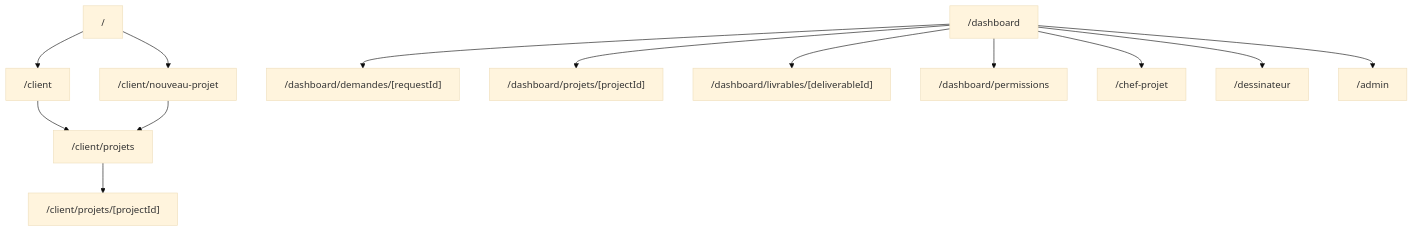
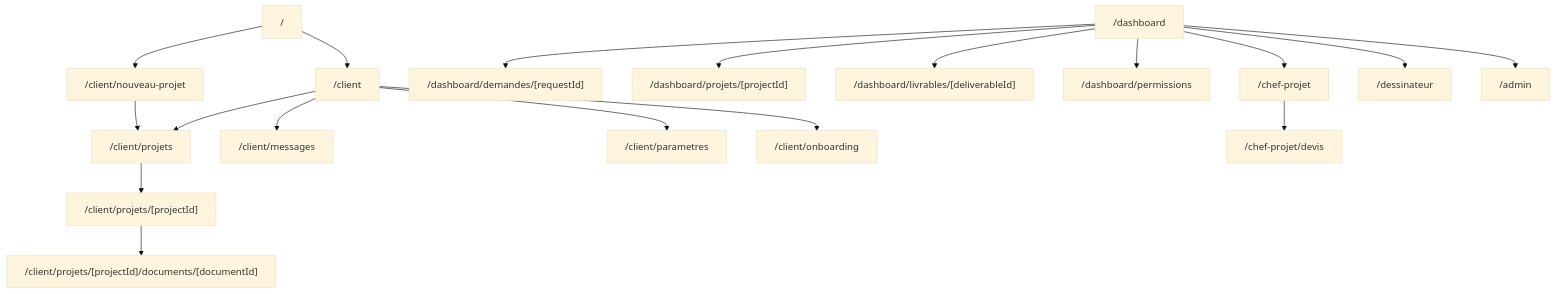
Before and after one commit to RAYAN-DOB/vellum: the first of 2 diagrams in docs/routes-map.md, drawn with Mermaid (base theme). The commit also changed other lines of this file and 32 other files, not shown here.

````diff
--- a/docs/routes-map.md
+++ b/docs/routes-map.md
@@ -18,15 +25,20 @@
 ```mermaid
 flowchart TD
   Home["/"] --> NewProject["/client/nouveau-projet"]
   Home --> Client["/client"]
   Client --> ClientProjects["/client/projets"]
+  Client --> Inbox["/client/messages"]
+  Client --> Settings["/client/parametres"]
+  Client --> Onboarding["/client/onboarding"]
   ClientProjects --> ClientProjectDetail["/client/projets/[projectId]"]
+  ClientProjectDetail --> DocumentViewer["/client/projets/[projectId]/documents/[documentId]"]
   NewProject --> ClientProjects
   Dashboard["/dashboard"] --> RequestDetail["/dashboard/demandes/[requestId]"]
   Dashboard --> ProjectDetail["/dashboard/projets/[projectId]"]
   Dashboard --> DeliverableDetail["/dashboard/livrables/[deliverableId]"]
   Dashboard --> Permissions["/dashboard/permissions"]
   Dashboard --> Manager["/chef-projet"]
+  Manager --> Quotes["/chef-projet/devis"]
   Dashboard --> Architect["/dessinateur"]
   Dashboard --> Admin["/admin"]
 ```
````
